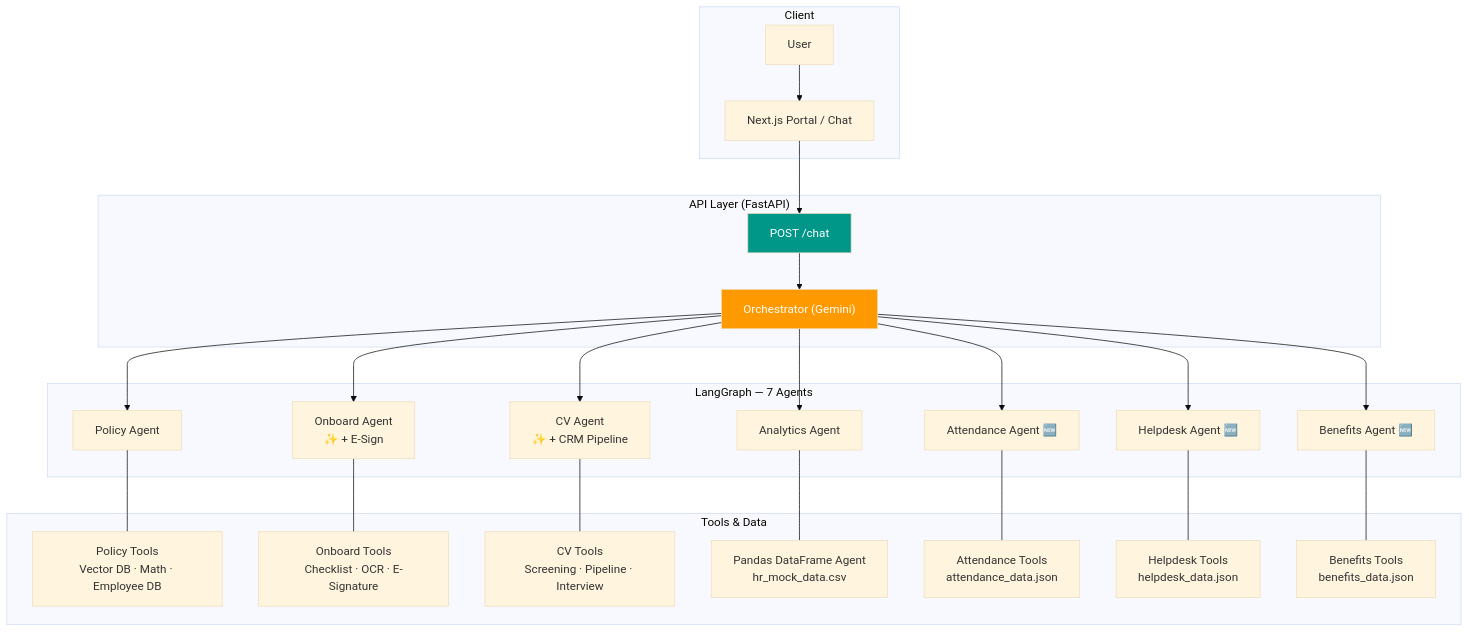
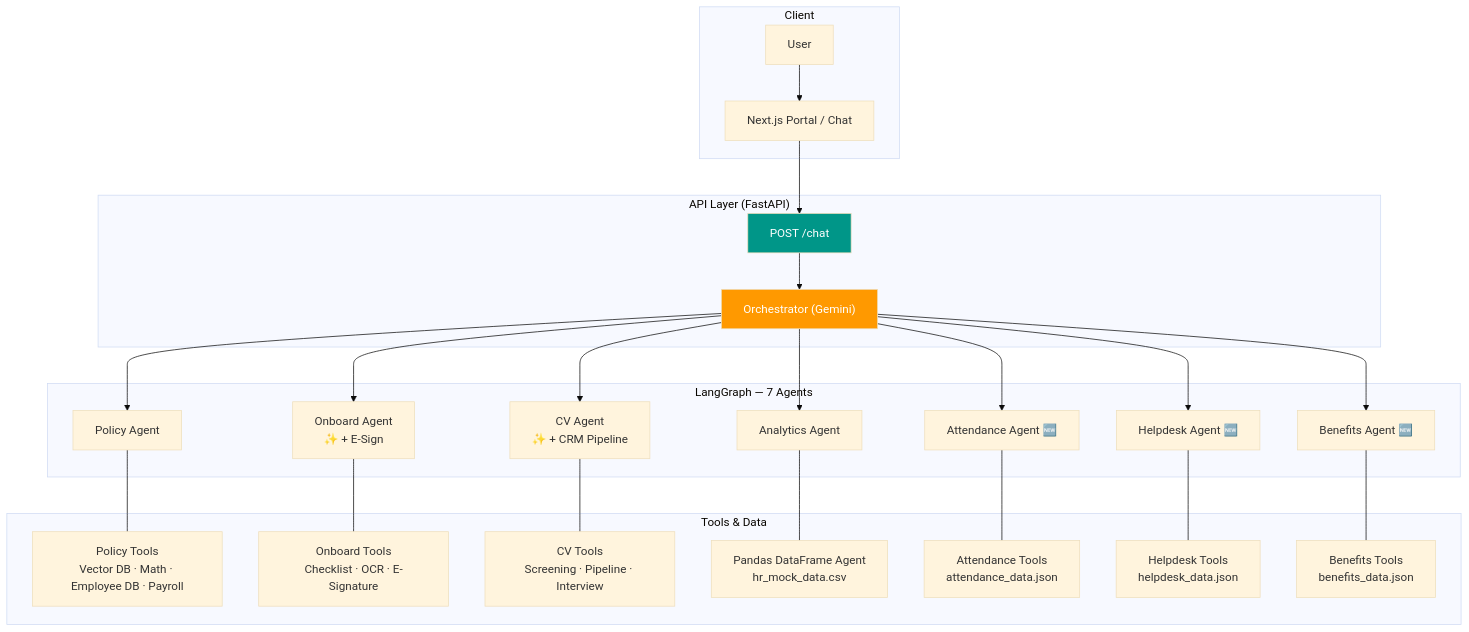
One commit to KhanhKH069/Legal-AI-Assistant changed the diagram in README.md. Above: the diagram before and after it, drawn with Mermaid (base theme). The commit also changed other lines of this file and 8 other files, not shown here.

````diff
--- a/README.md
+++ b/README.md
@@ -140,34 +144,34 @@
 ```mermaid
 flowchart TD
     subgraph "Client"
         U["User"] --> F["Next.js Portal / Chat"]
     end
 
     subgraph "API Layer (FastAPI)"
         F --> B["POST /chat"]
         B --> O["Orchestrator (Gemini)"]
 
         style B fill:#009688,color:#fff
         style O fill:#FF9900,color:#fff
     end
 
     subgraph "LangGraph — 7 Agents"
         O --> PA["Policy Agent"]
         O --> OA["Onboard Agent\n✨ + E-Sign"]
         O --> CA["CV Agent\n✨ + CRM Pipeline"]
         O --> AA["Analytics Agent"]
         O --> ATT["Attendance Agent 🆕"]
         O --> HD["Helpdesk Agent 🆕"]
         O --> BE["Benefits Agent 🆕"]
     end
 
     subgraph "Tools & Data"
-        PA --- PT["Policy Tools\nVector DB · Math · Employee DB"]
+        PA --- PT["Policy Tools\nVector DB · Math · Employee DB · Payroll"]
         OA --- OT["Onboard Tools\nChecklist · OCR · E-Signature"]
         CA --- CT["CV Tools\nScreening · Pipeline · Interview"]
         AA --- AT["Pandas DataFrame Agent\nhr_mock_data.csv"]
         ATT --- ATTT["Attendance Tools\nattendance_data.json"]
         HD --- HDT["Helpdesk Tools\nhelpdesk_data.json"]
         BE --- BET["Benefits Tools\nbenefits_data.json"]
     end
 ```
````
